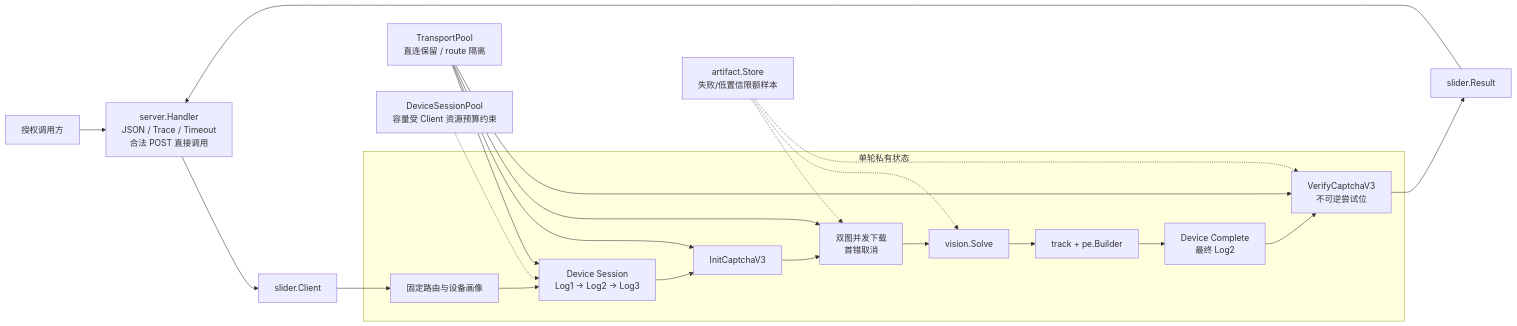
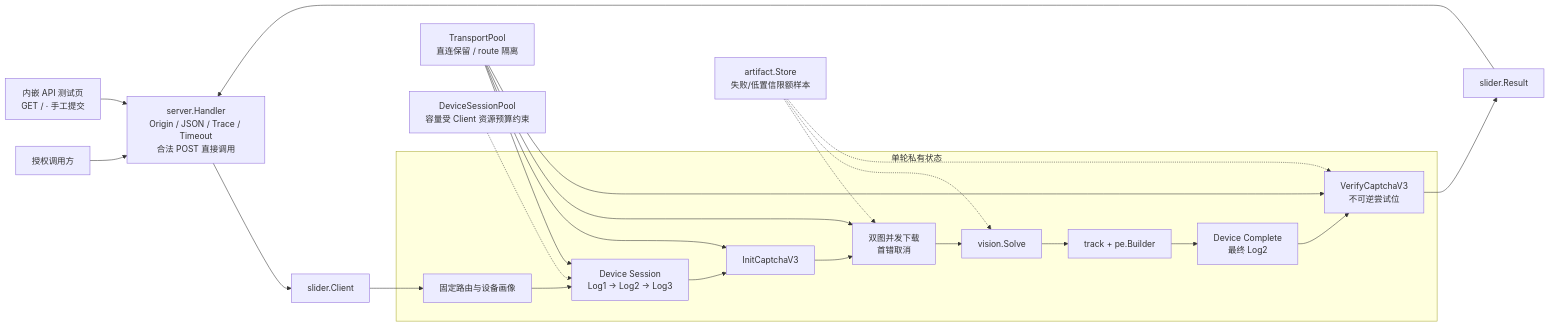
The first of 2 diagrams in ali-slider-go/docs/architecture.md (d2120848471/v3), drawn with Mermaid before and after one commit. The commit also changed other lines of this file and 21 other files, not shown here.

````diff
--- a/ali-slider-go/docs/architecture.md
+++ b/ali-slider-go/docs/architecture.md
@@ -25,28 +25,29 @@
 ```mermaid
 flowchart LR
-    caller["授权调用方"] --> http["server.Handler<br/>JSON / Trace / Timeout<br/>合法 POST 直接调用"]
+    caller["授权调用方"] --> http["server.Handler<br/>Origin / JSON / Trace / Timeout<br/>合法 POST 直接调用"]
+    page["内嵌 API 测试页<br/>GET / · 手工提交"] --> http
     http --> client["slider.Client"]
 
     subgraph one_request["单轮私有状态"]
         setup["固定路由与设备画像"]
         device["Device Session<br/>Log1 → Log2 → Log3"]
         init["InitCaptchaV3"]
         assets["双图并发下载<br/>首错取消"]
         vision["vision.Solve"]
         pe["track + pe.Builder"]
         complete["Device Complete<br/>最终 Log2"]
         verify["VerifyCaptchaV3<br/>不可逆尝试位"]
     end
 
     client --> setup --> device --> init --> assets --> vision --> pe --> complete --> verify
     verify --> result["slider.Result"] --> http
 
     transports["TransportPool<br/>直连保留 / route 隔离"] --> device
     transports --> init
     transports --> assets
     transports --> verify
     prewarm["DeviceSessionPool<br/>容量受 Client 资源预算约束"] -.-> device
     failure["artifact.Store<br/>失败/低置信限额样本"] -.-> assets
     failure -.-> vision
     failure -.-> verify
 ```
````
